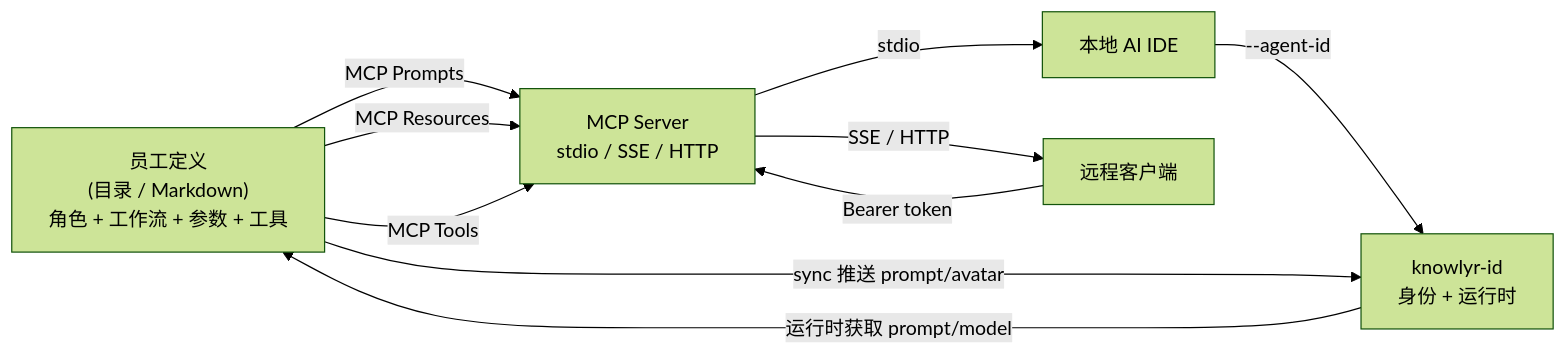
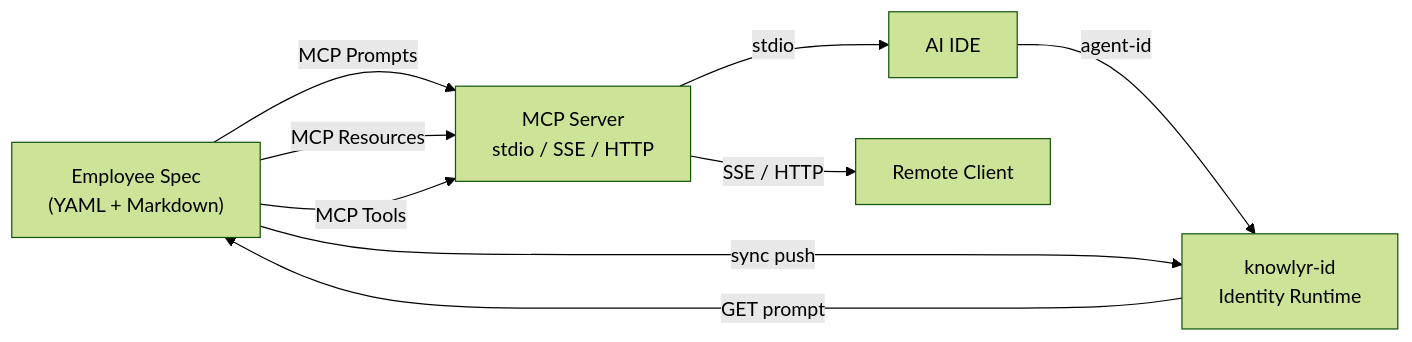
One commit to liuxiaotong/knowlyr-crew changed the first of 2 diagrams in README.md. Above: the diagram before and after it, drawn with Mermaid (forest theme). The commit also changed other lines of this file, not shown here.

````diff
--- a/README.md
+++ b/README.md
@@ -47,12 +79,11 @@
 ```mermaid
 graph LR
-    E["员工定义<br/>(目录 / Markdown)<br/>角色 + 工作流 + 参数 + 工具"] -->|MCP Prompts| S["MCP Server<br/>stdio / SSE / HTTP"]
+    E["Employee Spec<br/>(YAML + Markdown)"] -->|MCP Prompts| S["MCP Server<br/>stdio / SSE / HTTP"]
     E -->|MCP Resources| S
     E -->|MCP Tools| S
-    S -->|stdio| IDE["本地 AI IDE"]
-    S -->|SSE / HTTP| Remote["远程客户端"]
-    IDE -->|--agent-id| ID["knowlyr-id<br/>身份 + 运行时"]
-    Remote -->|Bearer token| S
-    ID -->|运行时获取 prompt/model| E
-    E -->|sync 推送 prompt/avatar| ID
+    S -->|stdio| IDE["AI IDE"]
+    S -->|SSE / HTTP| Remote["Remote Client"]
+    IDE -->|agent-id| ID["knowlyr-id<br/>Identity Runtime"]
+    ID -->|GET prompt| E
+    E -->|sync push| ID
 ```
````
